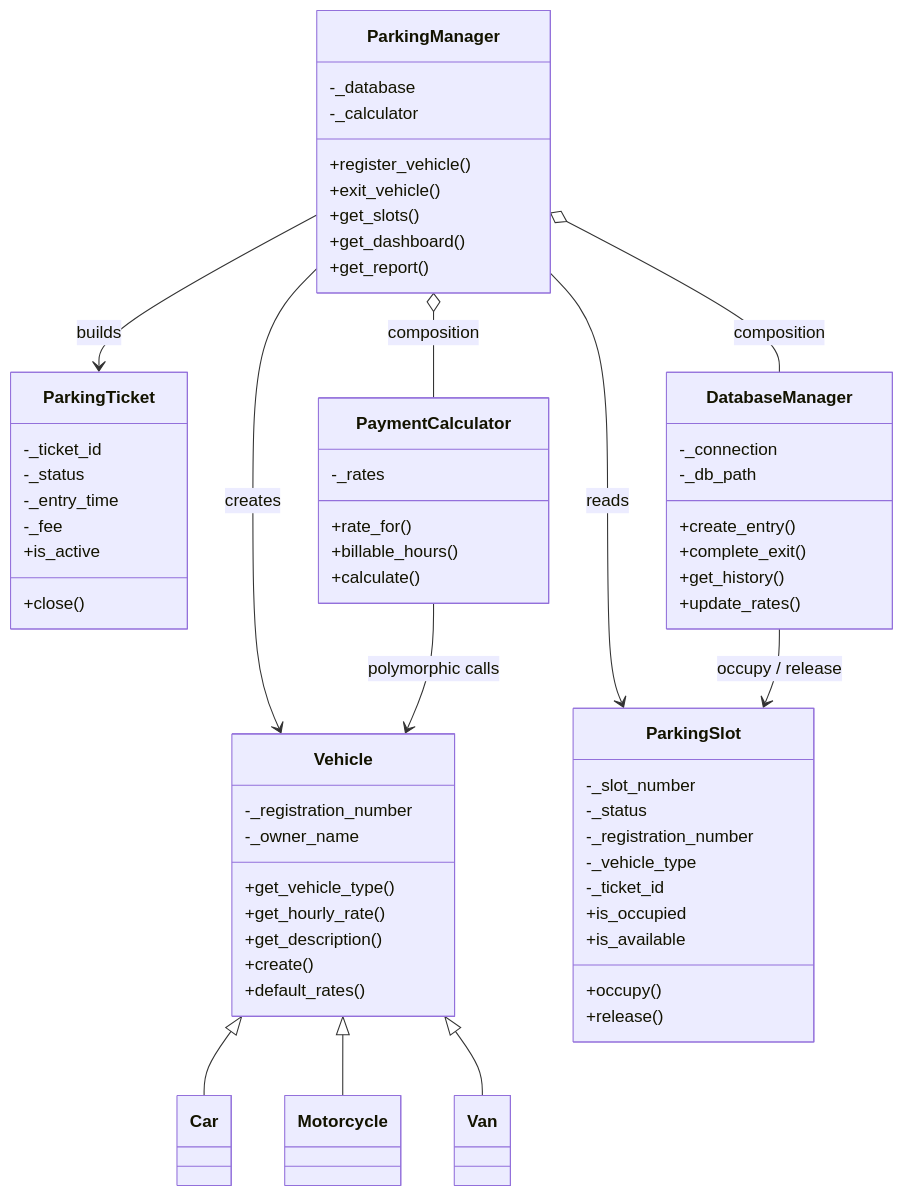
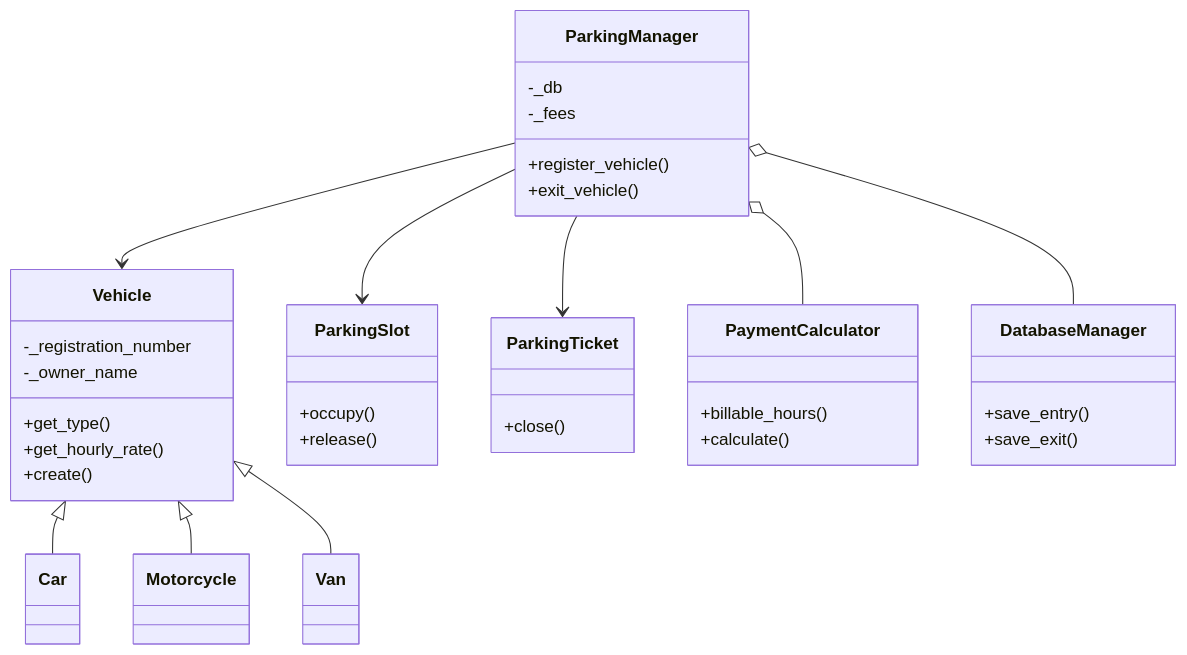
One commit to muneebrafi1/campuspark-smart-parking-system changed the diagram in docs/PROJECT_REPORT.md. Above: the diagram before and after it, drawn with Mermaid. The commit also changed other lines of this file and 32 other files, not shown here.

````diff
--- a/docs/PROJECT_REPORT.md
+++ b/docs/PROJECT_REPORT.md
@@ -64,69 +43,42 @@
 ```mermaid
 classDiagram
     class Vehicle {
         -_registration_number
         -_owner_name
-        +get_vehicle_type()
+        +get_type()
         +get_hourly_rate()
-        +get_description()
         +create()
-        +default_rates()
     }
     class Car
     class Motorcycle
     class Van
     Vehicle <|-- Car
     Vehicle <|-- Motorcycle
     Vehicle <|-- Van
-
     class ParkingSlot {
-        -_slot_number
-        -_status
-        -_registration_number
-        -_vehicle_type
-        -_ticket_id
         +occupy()
         +release()
-        +is_occupied
-        +is_available
     }
     class ParkingTicket {
-        -_ticket_id
-        -_status
-        -_entry_time
-        -_fee
         +close()
-        +is_active
     }
     class PaymentCalculator {
-        -_rates
-        +rate_for()
         +billable_hours()
         +calculate()
     }
     class DatabaseManager {
-        -_connection
-        -_db_path
-        +create_entry()
-        +complete_exit()
-        +get_history()
-        +update_rates()
+        +save_entry()
+        +save_exit()
     }
     class ParkingManager {
-        -_database
-        -_calculator
+        -_db
+        -_fees
         +register_vehicle()
         +exit_vehicle()
-        +get_slots()
-        +get_dashboard()
-        +get_report()
     }
-
-    ParkingManager o-- DatabaseManager : composition
-    ParkingManager o-- PaymentCalculator : composition
-    ParkingManager --> Vehicle : creates
-    ParkingManager --> ParkingTicket : builds
-    ParkingManager --> ParkingSlot : reads
-    PaymentCalculator --> Vehicle : polymorphic calls
-    DatabaseManager --> ParkingSlot : occupy / release
+    ParkingManager o-- DatabaseManager
+    ParkingManager o-- PaymentCalculator
+    ParkingManager --> Vehicle
+    ParkingManager --> ParkingSlot
+    ParkingManager --> ParkingTicket
 ```
````
